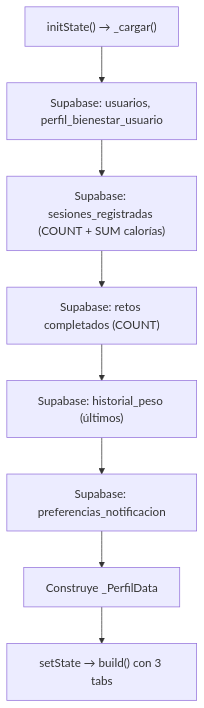
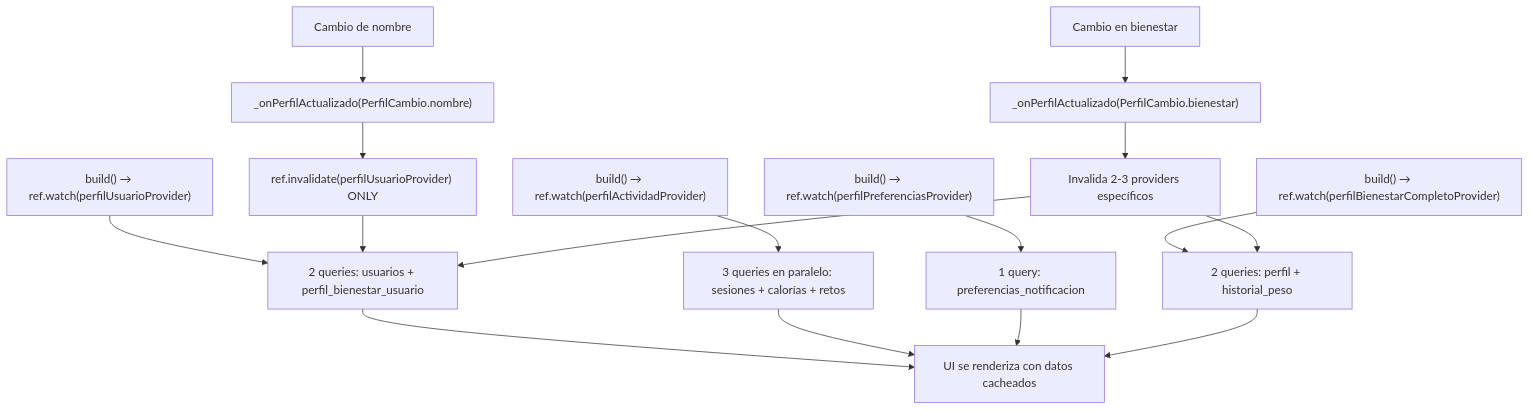
The fourth of 4 diagrams in docs/06-frontend.md (Jloen1999/synaptixfit), drawn with Mermaid before and after one commit. The commit also changed other lines of this file and 7 other files, not shown here.

````diff
--- a/docs/06-frontend.md
+++ b/docs/06-frontend.md
@@ -403,10 +682,18 @@
 ```mermaid
 flowchart TD
-    A["initState() → _cargar()"] --> B["Supabase: usuarios, perfil_bienestar_usuario"]
-    B --> C["Supabase: sesiones_registradas (COUNT + SUM calorías)"]
-    C --> D["Supabase: retos completados (COUNT)"]
-    D --> E["Supabase: historial_peso (últimos)"]
-    E --> F["Supabase: preferencias_notificacion"]
-    F --> G["Construye _PerfilData"]
-    G --> H["setState → build() con 3 tabs"]
+    A["build() → ref.watch(perfilUsuarioProvider)"] --> B["2 queries: usuarios + perfil_bienestar_usuario"]
+    A2["build() → ref.watch(perfilActividadProvider)"] --> C["3 queries en paralelo: sesiones + calorías + retos"]
+    A3["build() → ref.watch(perfilPreferenciasProvider)"] --> D["1 query: preferencias_notificacion"]
+    A4["build() → ref.watch(perfilBienestarCompletoProvider)"] --> E["2 queries: perfil + historial_peso"]
+    B --> F["UI se renderiza con datos cacheados"]
+    C --> F
+    D --> F
+    E --> F
+    G["Cambio de nombre"] --> H["_onPerfilActualizado(PerfilCambio.nombre)"]
+    H --> I["ref.invalidate(perfilUsuarioProvider) ONLY"]
+    I --> B
+    J["Cambio en bienestar"] --> K["_onPerfilActualizado(PerfilCambio.bienestar)"]
+    K --> L["Invalida 2-3 providers específicos"]
+    L --> B
+    L --> E
 ```
````
